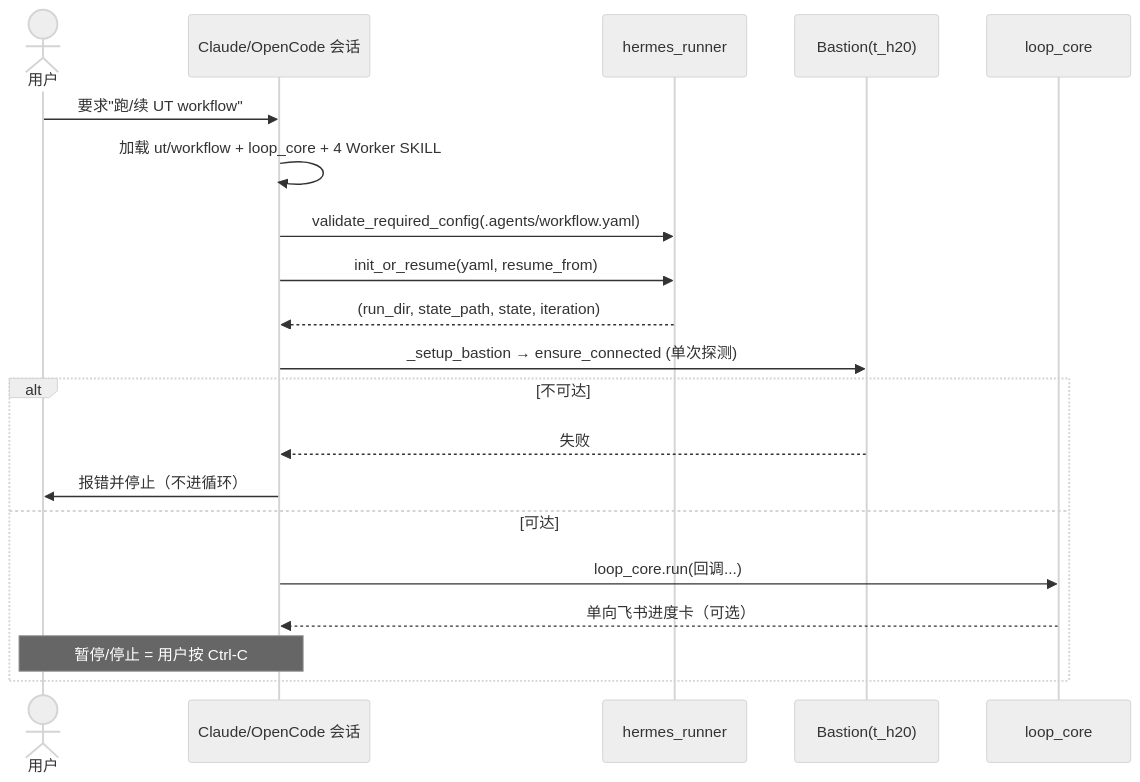
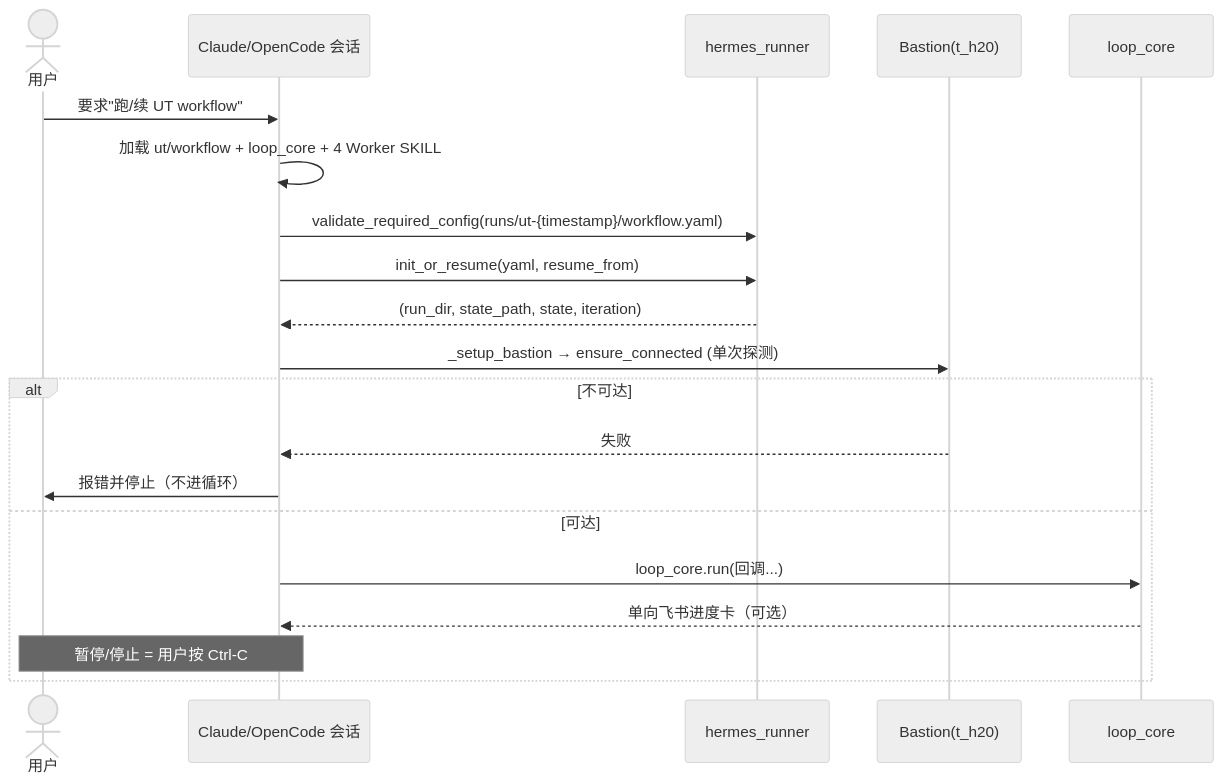
Before and after one commit to peterlau123/apmm: the second of 4 diagrams in tasks/ut/docs/guides/ut-channels-overview.md, drawn with Mermaid (neutral theme). The commit also changed other lines of this file, not shown here.

First line of the commit message:
docs(ut): update ut-channels-overview.md to reflect new config management

````diff
--- a/tasks/ut/docs/guides/ut-channels-overview.md
+++ b/tasks/ut/docs/guides/ut-channels-overview.md
@@ -61,22 +61,22 @@
 ```mermaid
 sequenceDiagram
     actor U as 用户
     participant CC as Claude/OpenCode 会话
     participant R as hermes_runner
     participant B as Bastion(t_h20)
     participant L as loop_core
     U->>CC: 要求"跑/续 UT workflow"
     CC->>CC: 加载 ut/workflow + loop_core + 4 Worker SKILL
-    CC->>R: validate_required_config(.agents/workflow.yaml)
+    CC->>R: validate_required_config(runs/ut-{timestamp}/workflow.yaml)
     CC->>R: init_or_resume(yaml, resume_from)
     R-->>CC: (run_dir, state_path, state, iteration)
     CC->>B: _setup_bastion → ensure_connected (单次探测)
     alt 不可达
         B-->>CC: 失败
         CC->>U: 报错并停止（不进循环）
     else 可达
         CC->>L: loop_core.run(回调...)
         L-->>CC: 单向飞书进度卡（可选）
         Note over CC,U: 暂停/停止 = 用户按 Ctrl-C
     end
 ```
````
